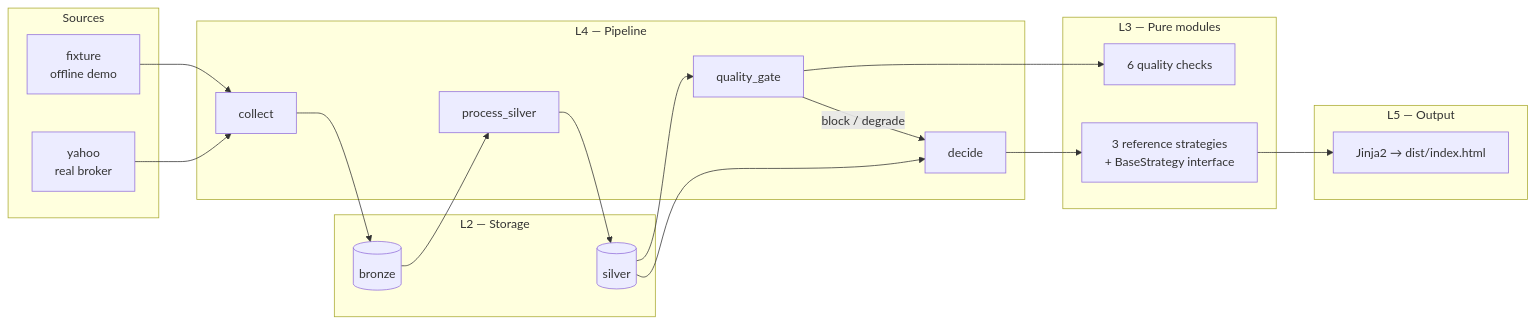
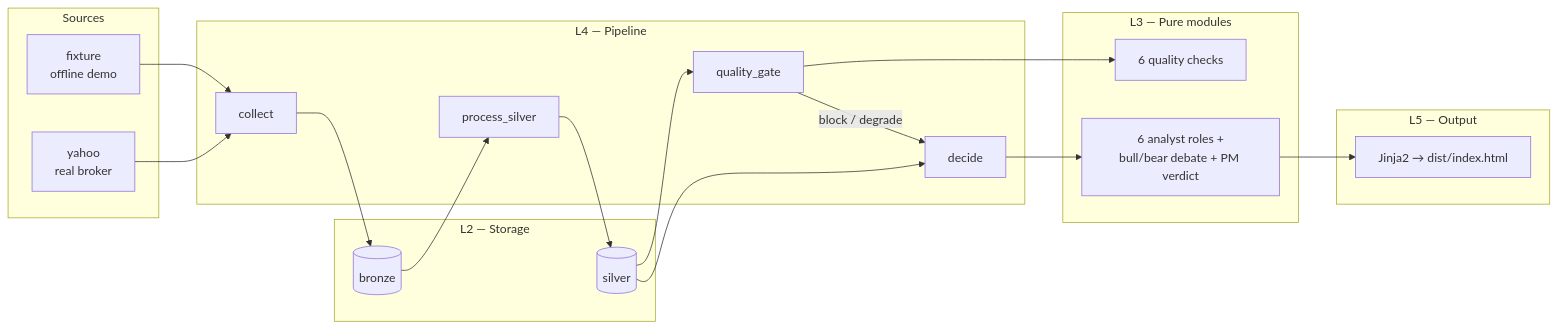
The diagram in README.md (spakdongg-spec/APEXFIN), drawn with Mermaid before and after one commit. The commit also changed other lines of this file and 12 other files, not shown here.

First line of the commit message:
feat: port APEXDATA analyst-role framework — bull/bear debate + PM verdict

````diff
--- a/README.md
+++ b/README.md
@@ -42,34 +42,34 @@
 ```mermaid
 flowchart LR
     subgraph Sources
         F[fixture<br/>offline demo]
         Y[yahoo<br/>real broker]
     end
     subgraph L2[L2 — Storage]
         B[(bronze)]
         S[(silver)]
     end
     subgraph L3[L3 — Pure modules]
         Q[6 quality checks]
-        D[3 reference strategies<br/>+ BaseStrategy interface]
+        D[6 analyst roles +<br/>bull/bear debate + PM verdict]
     end
     subgraph L4[L4 — Pipeline]
         C[collect]
         P[process_silver]
         G[quality_gate]
         V[decide]
     end
     subgraph L5[L5 — Output]
         J[Jinja2 → dist/index.html]
     end
     F --> C
     Y --> C
     C --> B
     B --> P --> S
     S --> G
     G --> Q
     S --> V
     V --> D
     G -->|block / degrade| V
     D --> J
 ```
````
